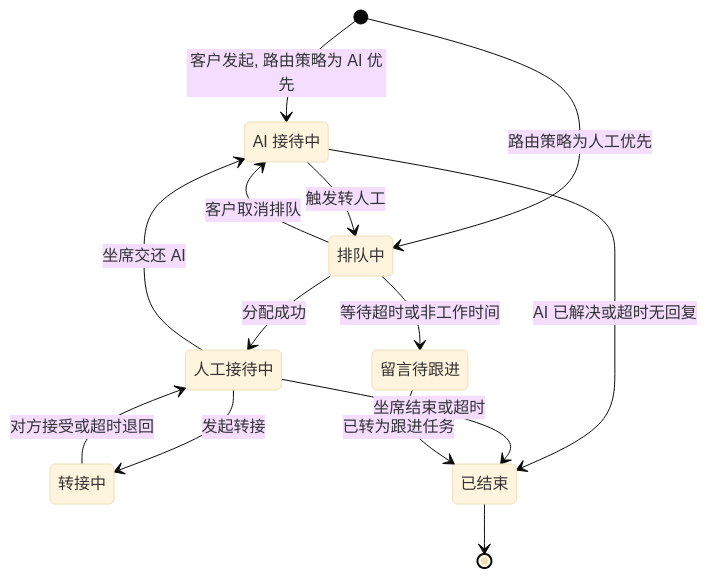
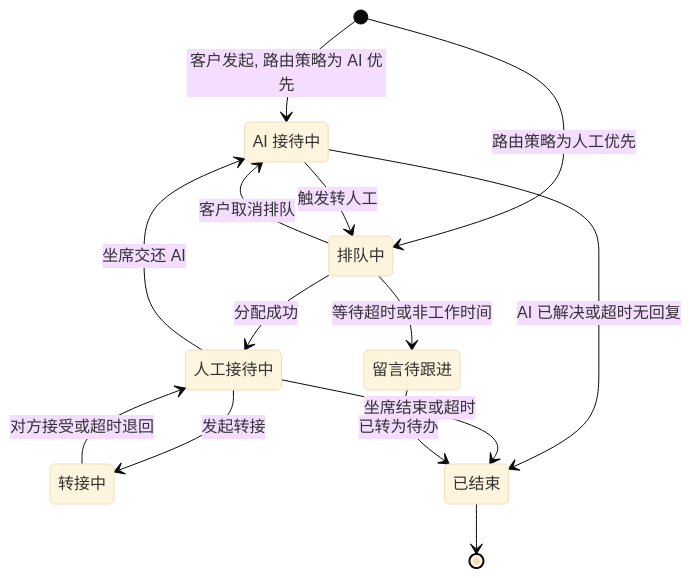
Before and after one commit to brianabc121/EnterpriseDigitalPlatform: the third of 12 diagrams in docs/plans/2026-09-28-enterprise-digital-platform-design.md, drawn with Mermaid (base theme). The commit also changed other lines of this file, not shown here.

````diff
--- a/docs/plans/2026-09-28-enterprise-digital-platform-design.md
+++ b/docs/plans/2026-09-28-enterprise-digital-platform-design.md
@@ -601,22 +609,22 @@
 ```mermaid
 stateDiagram-v2
   state "AI 接待中" as ai_serving
   state "排队中" as queued
   state "人工接待中" as human_serving
   state "转接中" as transferring
   state "留言待跟进" as leave_message
   state "已结束" as closed
   [*] --> ai_serving: 客户发起, 路由策略为 AI 优先
   [*] --> queued: 路由策略为人工优先
   ai_serving --> queued: 触发转人工
   ai_serving --> closed: AI 已解决或超时无回复
   queued --> human_serving: 分配成功
   queued --> leave_message: 等待超时或非工作时间
   queued --> ai_serving: 客户取消排队
   human_serving --> transferring: 发起转接
   transferring --> human_serving: 对方接受或超时退回
   human_serving --> ai_serving: 坐席交还 AI
   human_serving --> closed: 坐席结束或超时
-  leave_message --> closed: 已转为跟进任务
+  leave_message --> closed: 已转为待办
   closed --> [*]
 ```
````
